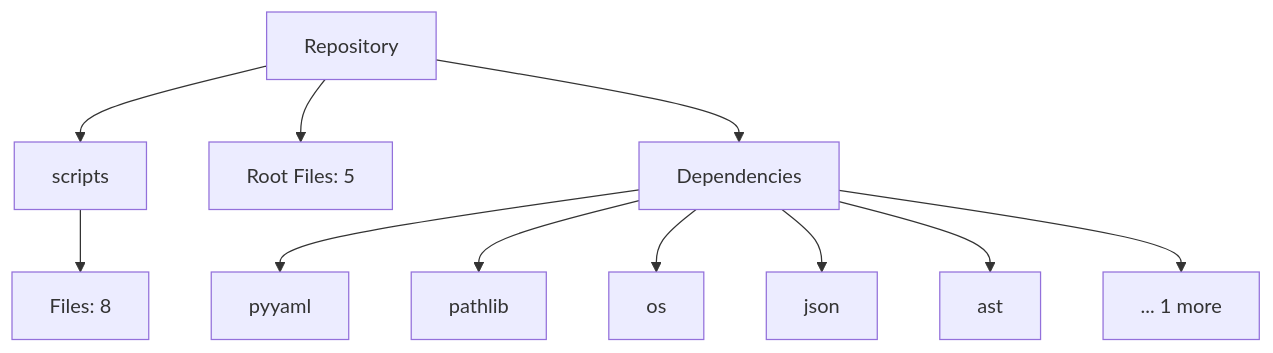
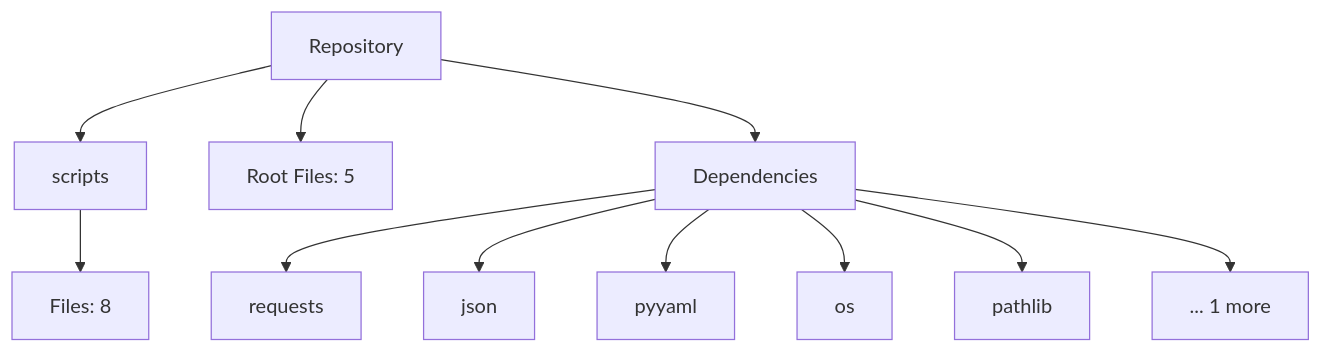
The diagram in README.md (NITISH-R-G/Smart-Task-Tracker-macOS-Dark-Edition-), drawn with Mermaid before and after one commit. The commit also changed 4 other files, not shown here.

Commit message:
docs(auto): Automatically update repository architecture and README

````diff
--- a/README.md
+++ b/README.md
@@ -17,15 +17,15 @@
 ```mermaid
 graph TD
     Root[Repository]
     Root --> scripts[scripts]
     scripts --> scripts_files[Files: 8]
     Root --> Root_files[Root Files: 5]
     Root --> Deps[Dependencies]
+    Deps --> requests[requests]
+    Deps --> json[json]
     Deps --> pyyaml[pyyaml]
+    Deps --> os[os]
     Deps --> pathlib[pathlib]
-    Deps --> os[os]
-    Deps --> json[json]
-    Deps --> ast[ast]
     Deps --> MoreDeps[... 1 more]
 
 ```
````
